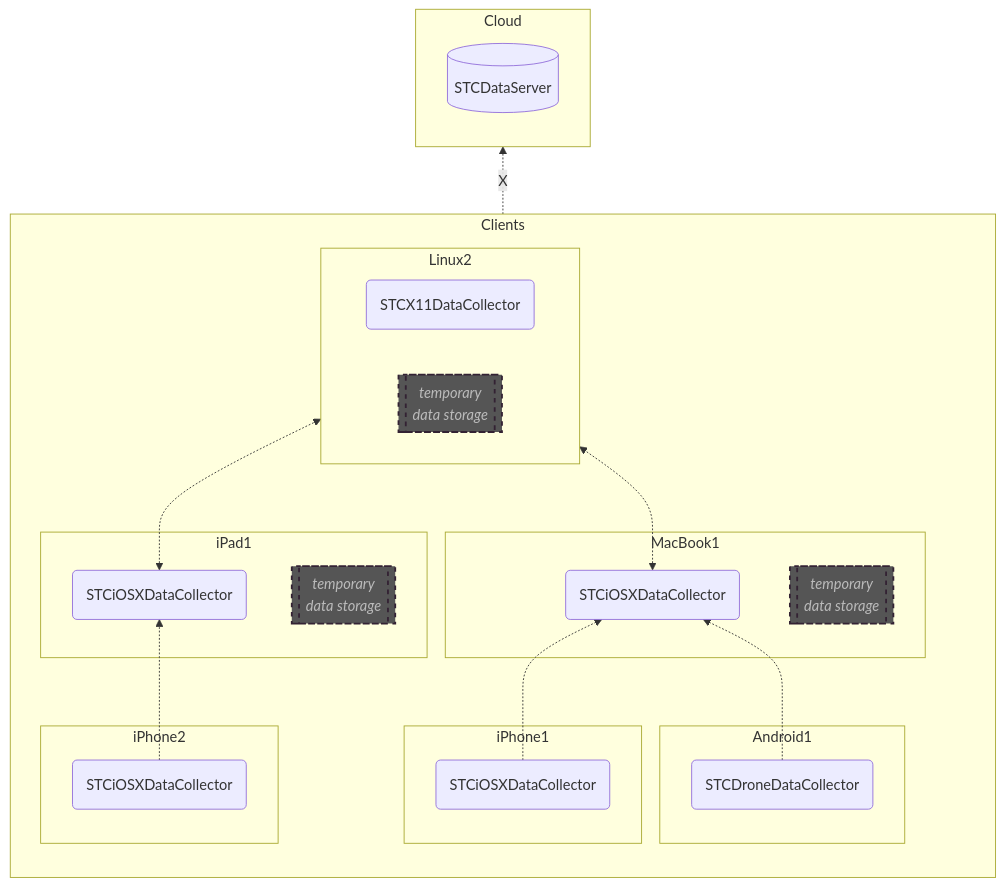
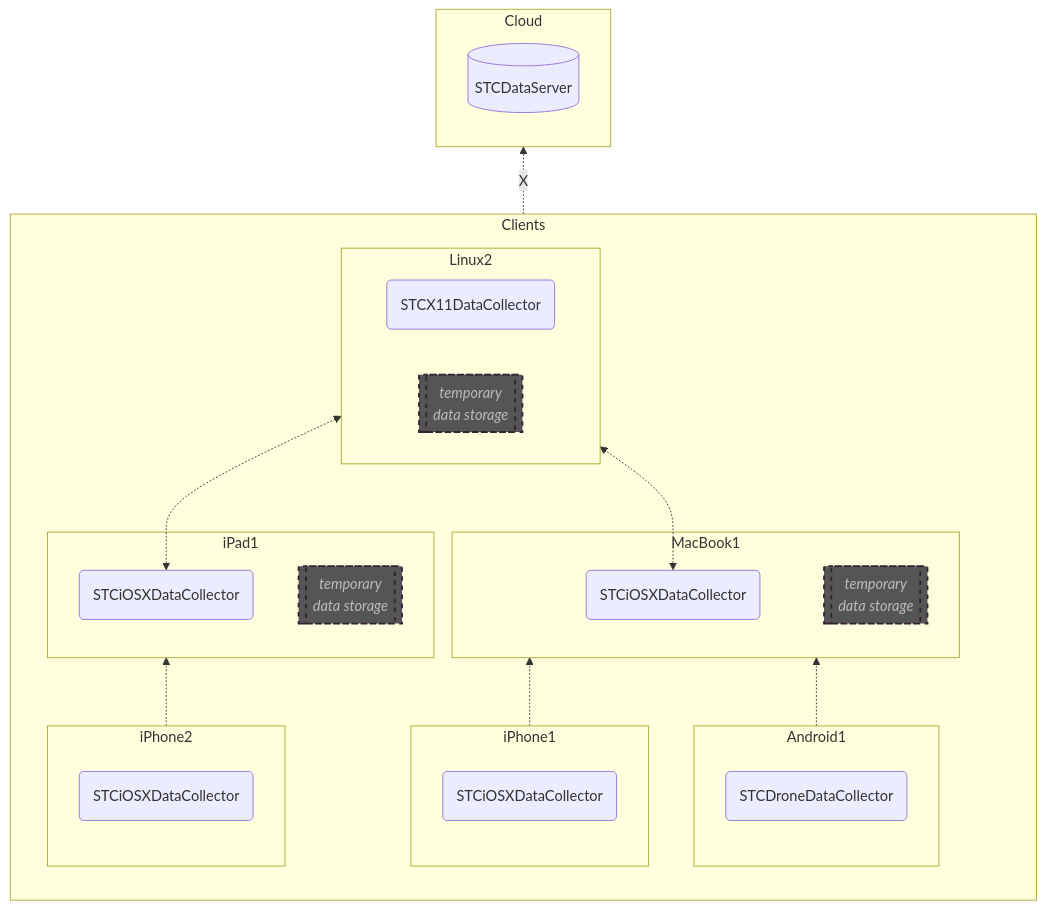
One commit to STCData/STCData changed the diagram in docs/EventualAvailability.md. Above: the diagram before and after it, drawn with Mermaid.

````diff
--- a/docs/EventualAvailability.md
+++ b/docs/EventualAvailability.md
@@ -1,53 +1,53 @@
 ```mermaid
 
 
 flowchart BT
  subgraph Clients
   direction BT
   subgraph iPhone1
     c1(STCiOSXDataCollector)
   end
   
   subgraph iPhone2
     c4(STCiOSXDataCollector)
   end
   
   subgraph iPad1
     c5(STCiOSXDataCollector)
     db5[[<i>temporary\ndata storage</i>]]
   end
   
   subgraph MacBook1
     c2(STCiOSXDataCollector)
     db2[[<i>temporary\ndata storage</i>]]
   end
   
   subgraph Linux2
     direction LR
     c6(STCX11DataCollector)
     db6[[<i>temporary\ndata storage</i>]]
   end
   
   subgraph Android1
     c3(STCDroneDataCollector)
   end
   
   classDef db fill:#555,stroke:#323,stroke-width:2px,color:#bbb,stroke-dasharray: 5 5
   class db5,db2,db6 db
 
  end
  subgraph Cloud
    sData[(STCDataServer)]
  end
  
  classDef realm fill:#333,stroke:#323,stroke-width:1px,color:#1ff,stroke-dasharray: 5 5
 
  class Cloud,Clients realm
 
     Clients -.->|X| Cloud
     c5 <-.-> c6
     c2 <-.-> c6
-    c4 -.-> c5
-    c1 -.-> c2
-    c3 -.-> c2
+    iPhone2 -.-> iPad1
+    iPhone1 -.-> MacBook1
+    Android1 -.-> MacBook1
 ```
````
